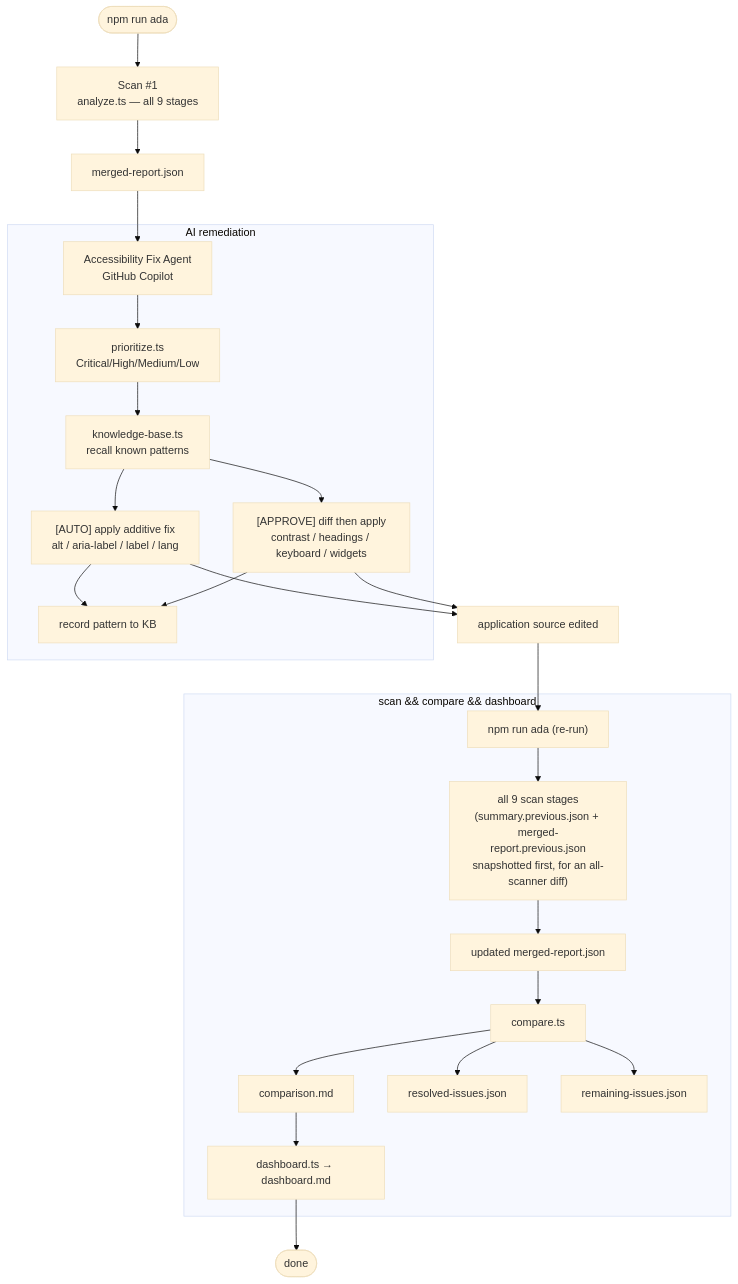
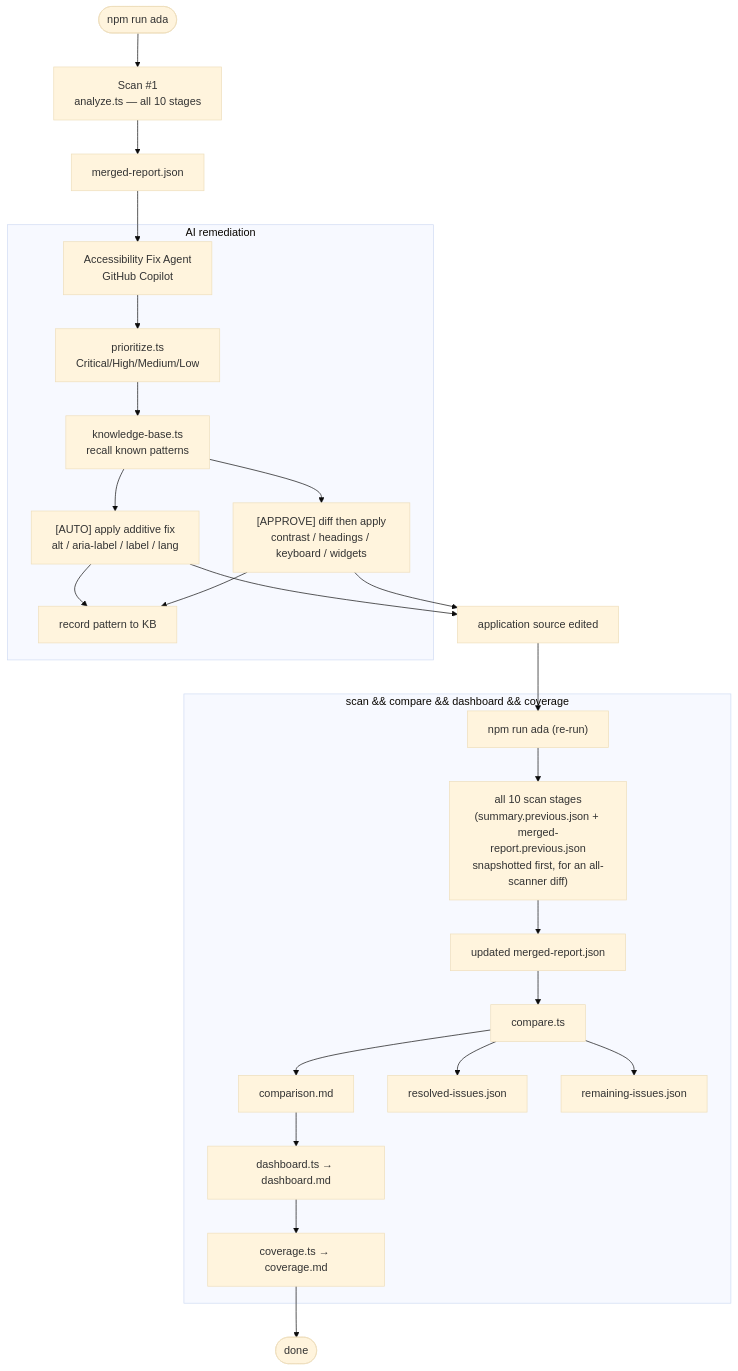
One commit to vivek1952p/GiftApp changed the fifth of 8 diagrams in ADA Harness/ARCHITECTURE.md. Above: the diagram before and after it, drawn with Mermaid (base theme). The commit also changed other lines of this file and 2 other files, not shown here.

Commit message:
readme-architecture-update

````diff
--- a/ADA Harness/ARCHITECTURE.md
+++ b/ADA Harness/ARCHITECTURE.md
@@ -246,29 +267,30 @@
 ```mermaid
 flowchart TD
-    START([npm run ada]) --> SCAN1[Scan #1<br/>analyze.ts — all 9 stages]
+    START([npm run ada]) --> SCAN1[Scan #1<br/>analyze.ts — all 10 stages]
     SCAN1 --> MR1[merged-report.json]
 
     MR1 --> AGENT[Accessibility Fix Agent<br/>GitHub Copilot]
     subgraph FIXER["AI remediation"]
         AGENT --> PRI["prioritize.ts<br/>Critical/High/Medium/Low"]
         PRI --> KB["knowledge-base.ts<br/>recall known patterns"]
         KB --> AUTO["[AUTO] apply additive fix<br/>alt / aria-label / label / lang"]
         KB --> APPROVE["[APPROVE] diff then apply<br/>contrast / headings / keyboard / widgets"]
         AUTO --> RECORD["record pattern to KB"]
         APPROVE --> RECORD
     end
     AUTO --> SRC["application source edited"]
     APPROVE --> SRC
 
     SRC --> SCAN2["npm run ada (re-run)"]
-    subgraph ADA2["scan && compare && dashboard"]
-        SCAN2 --> S9["all 9 scan stages<br/>(summary.previous.json + merged-report.previous.json<br/>snapshotted first, for an all-scanner diff)"]
+    subgraph ADA2["scan && compare && dashboard && coverage"]
+        SCAN2 --> S9["all 10 scan stages<br/>(summary.previous.json + merged-report.previous.json<br/>snapshotted first, for an all-scanner diff)"]
         S9 --> MR2["updated merged-report.json"]
         MR2 --> CMP[compare.ts]
         CMP --> CMPMD[comparison.md]
         CMP --> RES[resolved-issues.json]
         CMP --> REM[remaining-issues.json]
         CMPMD --> DASH2["dashboard.ts → dashboard.md"]
+        DASH2 --> COV2["coverage.ts → coverage.md"]
     end
-    DASH2 --> END([done])
+    COV2 --> END([done])
 ```
````
